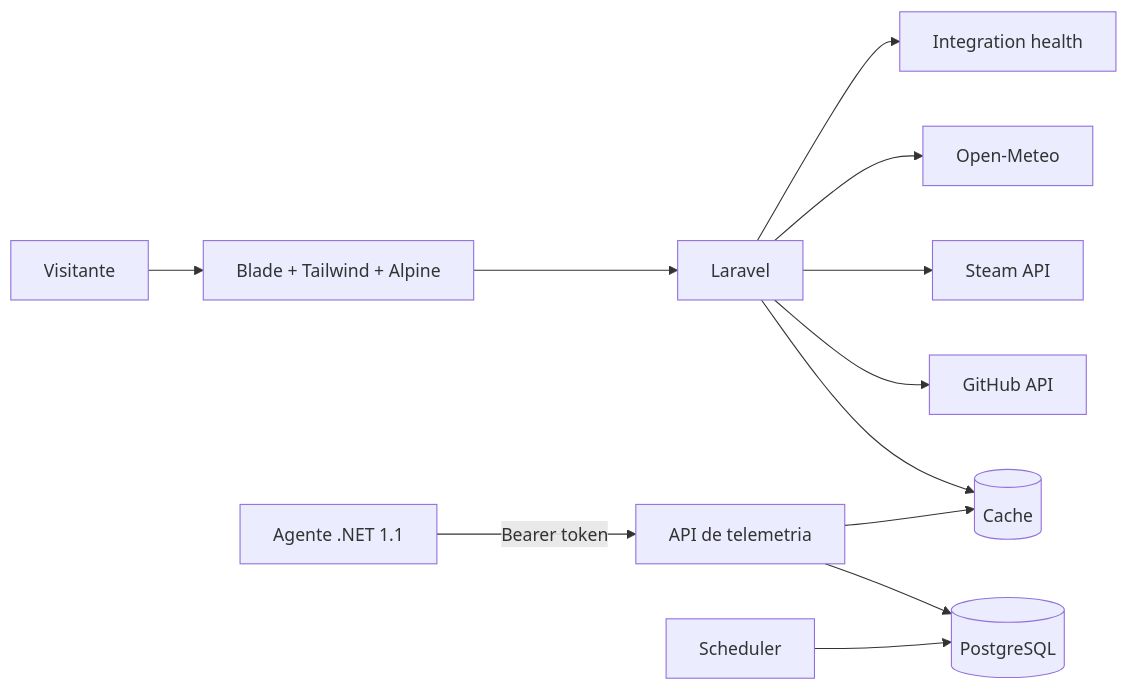
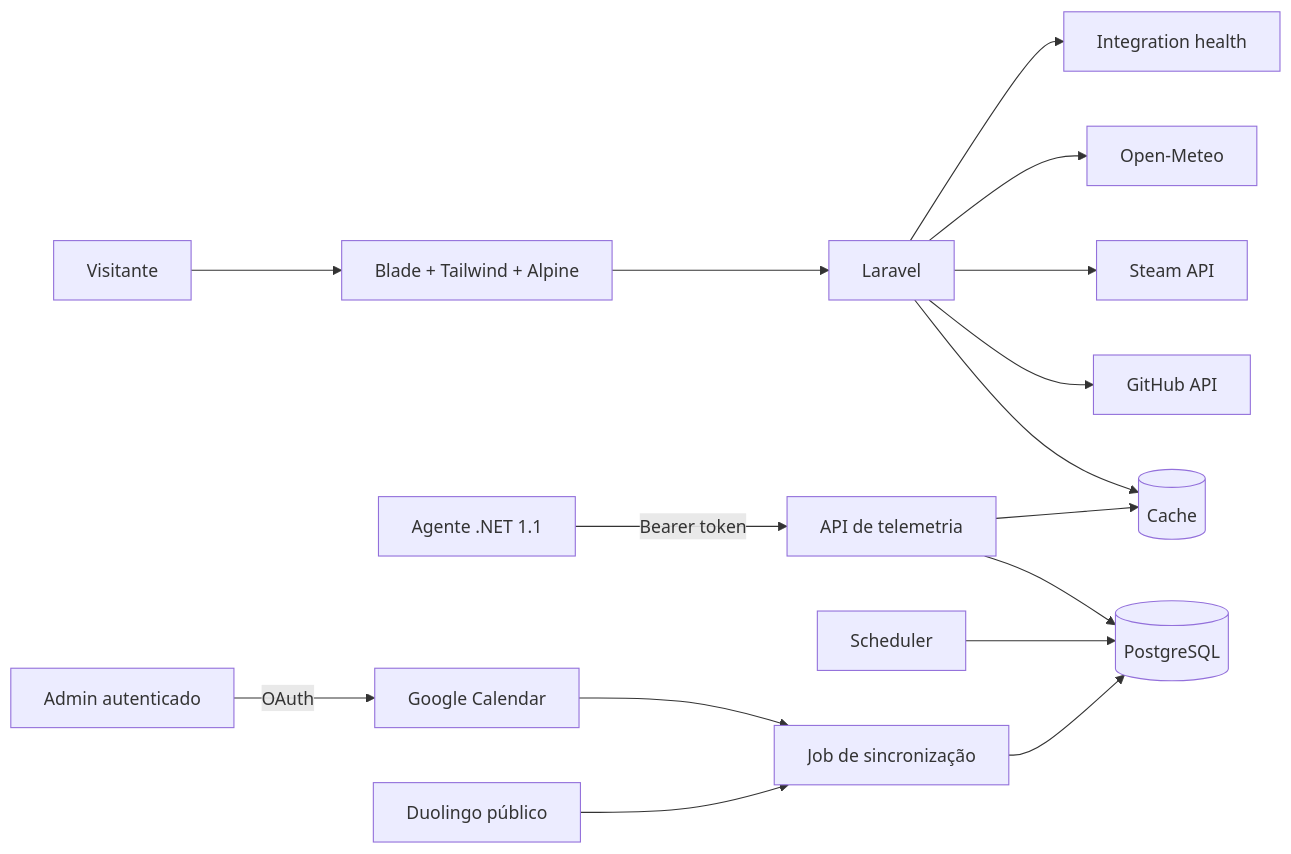
Before and after one commit to brt9/My_Profile: the diagram in myprofile-app/docs/architecture.md, drawn with Mermaid. The commit also changed other lines of this file and 90 other files, not shown here.

````diff
--- a/myprofile-app/docs/architecture.md
+++ b/myprofile-app/docs/architecture.md
@@ -9,14 +9,18 @@
 ```mermaid
 flowchart LR
     V[Visitante] --> B[Blade + Tailwind + Alpine]
     B --> L[Laravel]
     A[Agente .NET 1.1] -->|Bearer token| T[API de telemetria]
     T --> P[(PostgreSQL)]
     T --> C[(Cache)]
     Q[Scheduler] --> P
     L --> C
     L --> G[GitHub API]
     L --> S[Steam API]
     L --> W[Open-Meteo]
+    O[Admin autenticado] -->|OAuth| GC[Google Calendar]
+    GC --> J[Job de sincronização]
+    D[Duolingo público] --> J
+    J --> P
     L --> H[Integration health]
 ```
````
